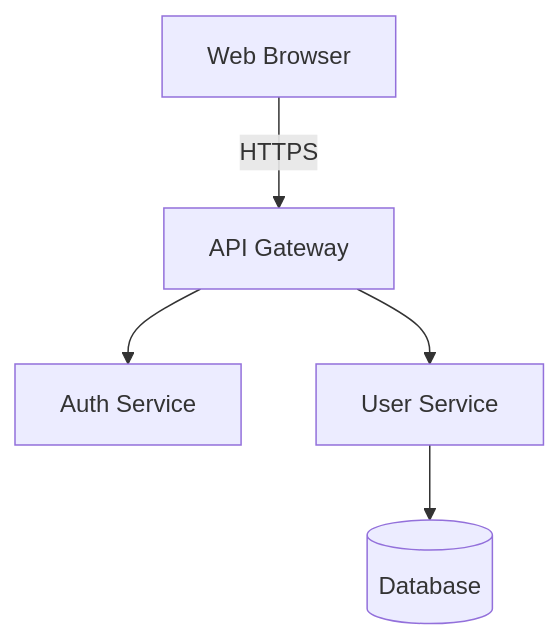
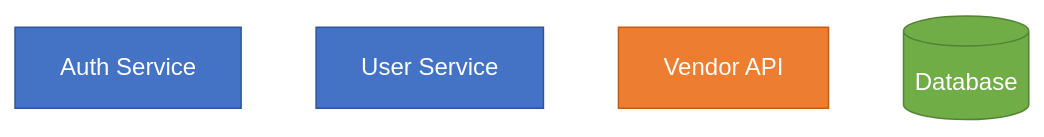
Before and after one commit to byrash/architecture-governance: the second of 2 diagrams in copilot/skills/image-to-mermaid/SKILL.md, drawn with Mermaid. The commit also changed other lines of this file and 21 other files, not shown here.

````diff
--- a/copilot/skills/image-to-mermaid/SKILL.md
+++ b/copilot/skills/image-to-mermaid/SKILL.md
@@ -23,7 +97,11 @@
 ```mermaid
 flowchart TB
-    A[Web Browser] -->|HTTPS| B[API Gateway]
-    B --> C[Auth Service]
-    B --> D[User Service]
-    D --> E[(Database)]
+    classDef internal fill:#4472C4,stroke:#2F5597,color:#FFFFFF
+    classDef external fill:#ED7D31,stroke:#C55A11,color:#FFFFFF
+    classDef datastore fill:#70AD47,stroke:#548235,color:#FFFFFF
+
+    A[Auth Service]:::internal
+    B[User Service]:::internal
+    C[Vendor API]:::external
+    D[(Database)]:::datastore
 ```
````
